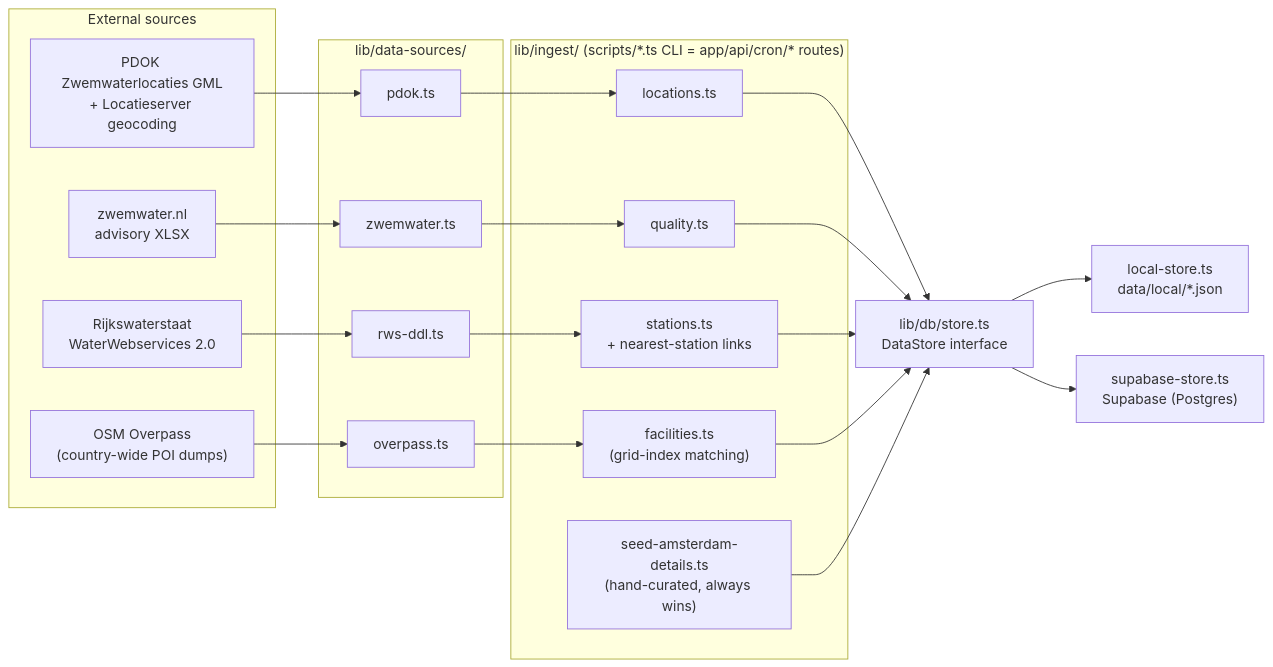
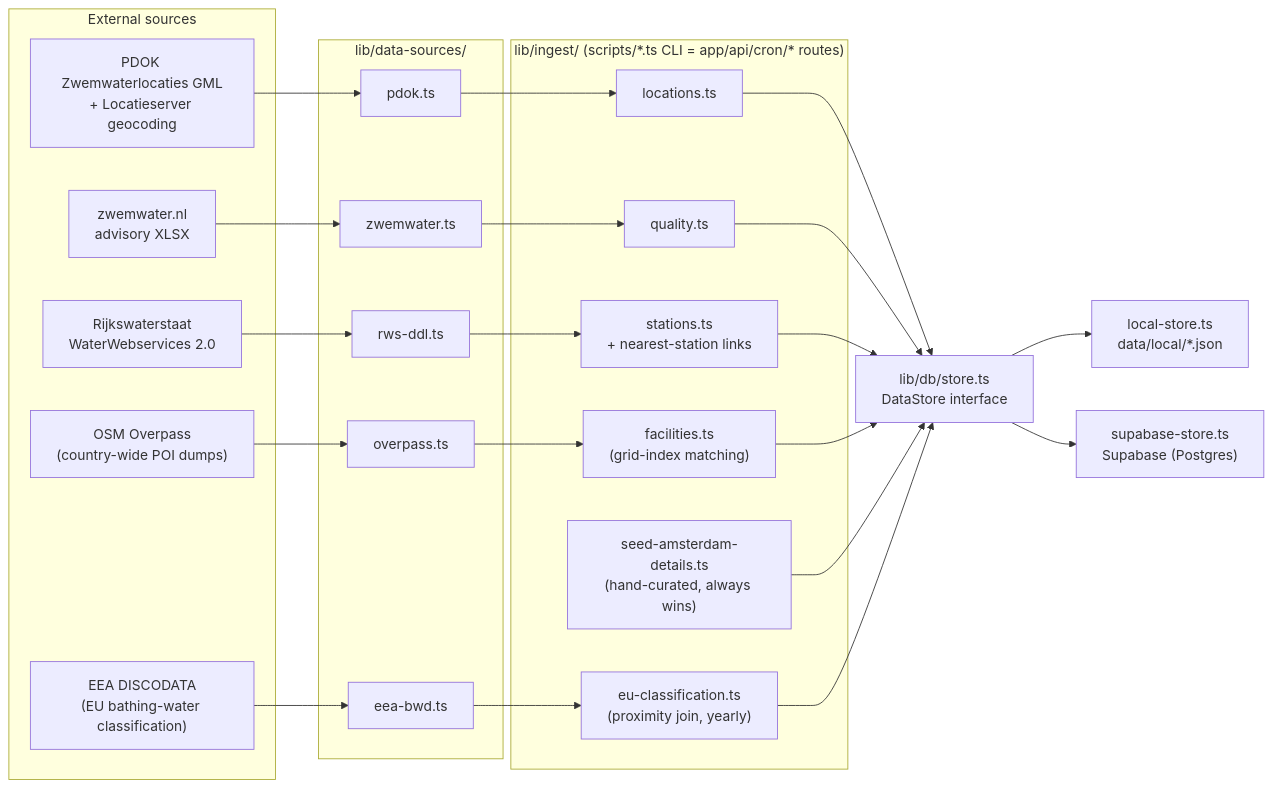
The first of 2 diagrams in README.md (CarlosEscat/nl-swim-spot-explorer), drawn with Mermaid before and after one commit. The commit also changed other lines of this file and 41 other files, not shown here.

````diff
--- a/README.md
+++ b/README.md
@@ -96,40 +121,45 @@
 ```mermaid
 flowchart LR
   subgraph ext["External sources"]
     SRC1["PDOK Zwemwaterlocaties GML<br/>+ Locatieserver geocoding"]
     SRC2["zwemwater.nl<br/>advisory XLSX"]
     SRC3["Rijkswaterstaat<br/>WaterWebservices 2.0"]
     SRC4["OSM Overpass<br/>(country-wide POI dumps)"]
+    SRC5["EEA DISCODATA<br/>(EU bathing-water classification)"]
   end
 
   subgraph ds["lib/data-sources/"]
     A1["pdok.ts"]
     A2["zwemwater.ts"]
     A3["rws-ddl.ts"]
     A4["overpass.ts"]
+    A5["eea-bwd.ts"]
   end
 
   subgraph ing["lib/ingest/  (scripts/*.ts CLI = app/api/cron/* routes)"]
     I1["locations.ts"]
     I2["quality.ts"]
     I3["stations.ts<br/>+ nearest-station links"]
     I4["facilities.ts<br/>(grid-index matching)"]
     I5["seed-amsterdam-details.ts<br/>(hand-curated, always wins)"]
+    I6["eu-classification.ts<br/>(proximity join, yearly)"]
   end
 
   STORE["lib/db/store.ts<br/>DataStore interface"]
   LOCAL["local-store.ts<br/>data/local/*.json"]
   SUPA["supabase-store.ts<br/>Supabase (Postgres)"]
 
   SRC1 --> A1 --> I1
   SRC2 --> A2 --> I2
   SRC3 --> A3 --> I3
   SRC4 --> A4 --> I4
+  SRC5 --> A5 --> I6
   I1 --> STORE
   I2 --> STORE
   I3 --> STORE
   I4 --> STORE
   I5 --> STORE
+  I6 --> STORE
   STORE --> LOCAL
   STORE --> SUPA
 ```
````
